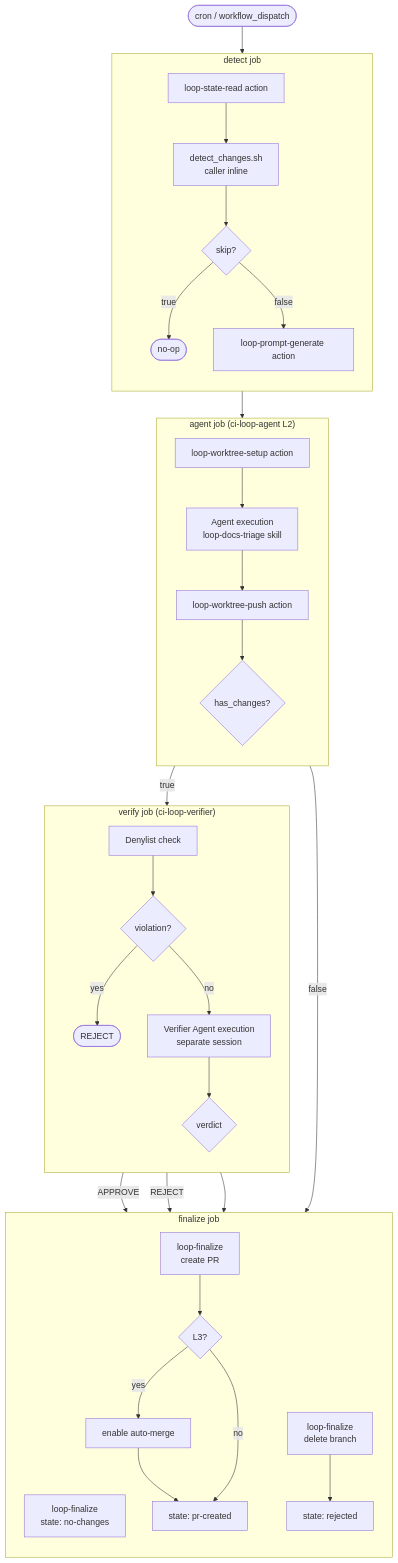
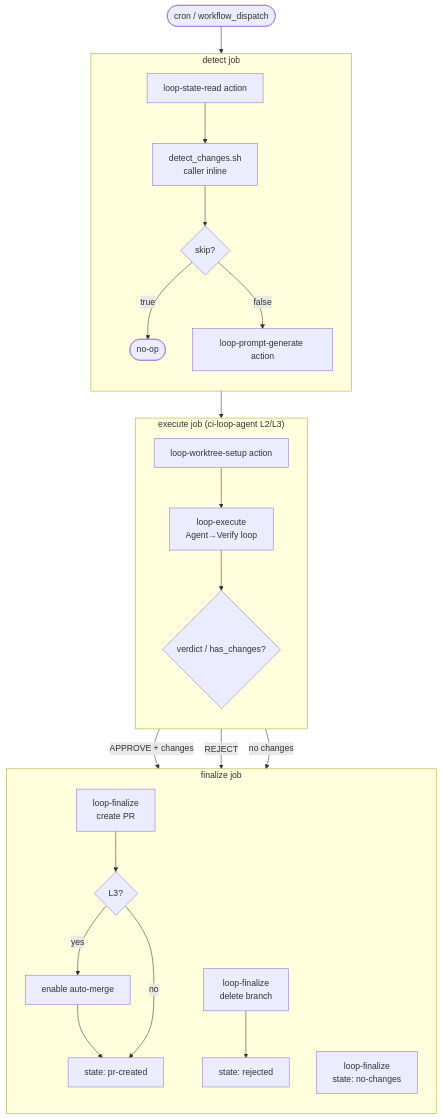
One commit to y-miyazaki/config changed the first of 3 diagrams in docs/explanation/loop-engineering-design.md. Above: the diagram before and after it, drawn with Mermaid. The commit also changed other lines of this file and 2 other files, not shown here.

````diff
--- a/docs/explanation/loop-engineering-design.md
+++ b/docs/explanation/loop-engineering-design.md
@@ -111,48 +107,36 @@
 ```mermaid
 flowchart TD
     %% Trigger
     trigger([cron / workflow_dispatch]) --> detect
 
     %% Detect Job
     subgraph detect["detect job"]
         direction TB
         D1[loop-state-read action] --> D2[detect_changes.sh<br/>caller inline]
         D2 --> D3{skip?}
         D3 -->|true| D_END([no-op])
         D3 -->|false| D4[loop-prompt-generate action]
     end
 
-    %% Agent Job
-    D4 --> agent
-    subgraph agent["agent job (ci-loop-agent L2)"]
+    %% Execute Job (ci-loop-agent L2/L3)
+    D4 --> execute
+    subgraph execute["execute job (ci-loop-agent L2/L3)"]
         direction TB
-        A1[loop-worktree-setup action] --> A2[Agent execution<br/>loop-docs-triage skill]
-        A2 --> A3[loop-worktree-push action]
-        A3 --> A4{has_changes?}
-    end
-
-    %% Verify Job
-    A4 -->|true| verify
-    A4 -->|false| finalize_no
-    subgraph verify["verify job (ci-loop-verifier)"]
-        direction TB
-        V1[Denylist check] --> V2{violation?}
-        V2 -->|yes| V_REJECT([REJECT])
-        V2 -->|no| V3[Verifier Agent execution<br/>separate session]
-        V3 --> V4{verdict}
+        A1[loop-worktree-setup action] --> A2[loop-execute<br/>Agent→Verify loop]
+        A2 --> A3{verdict / has_changes?}
     end
 
     %% Finalize Job
-    V4 -->|APPROVE| finalize_approve
-    V4 -->|REJECT| finalize_reject
-    V_REJECT --> finalize_reject
+    A3 -->|APPROVE + changes| finalize_approve
+    A3 -->|REJECT| finalize_reject
+    A3 -->|no changes| finalize_no
 
     subgraph finalize["finalize job"]
         direction TB
         finalize_approve[loop-finalize<br/>create PR] --> F_AUTO{L3?}
         F_AUTO -->|yes| F_MERGE[enable auto-merge] --> F_STATE[state: pr-created]
         F_AUTO -->|no| F_STATE
         finalize_reject[loop-finalize<br/>delete branch] --> F_STATE2[state: rejected]
         finalize_no[loop-finalize<br/>state: no-changes]
     end
 ```
````
